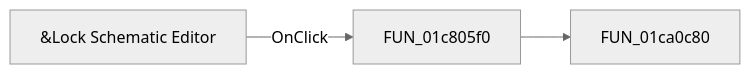
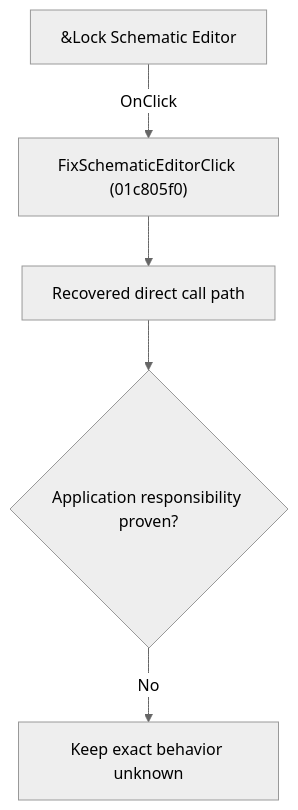
The diagram in docs/ui-controls/schematiceditor/fixschematiceditor-1f0b36baa4.md (MovGP0/TIARA), drawn with Mermaid (neutral theme) before and after one commit. The commit also changed other lines of this file and 1062 other files, not shown here.

````diff
--- a/docs/ui-controls/schematiceditor/fixschematiceditor-1f0b36baa4.md
+++ b/docs/ui-controls/schematiceditor/fixschematiceditor-1f0b36baa4.md
@@ -27,5 +27,7 @@
 ```mermaid
-flowchart LR
-    control["&Lock Schematic Editor"] -->|OnClick| handler["FUN_01c805f0"]
-    handler --> call1["FUN_01ca0c80"]
+flowchart TD
+    control["&Lock Schematic Editor"] -->|"OnClick"| handler["FixSchematicEditorClick (01c805f0)"]
+    handler --> recovered["Recovered direct call path"]
+    recovered --> gap{"Application responsibility proven?"}
+    gap -->|"No"| blocked["Keep exact behavior unknown"]
 ```
````
